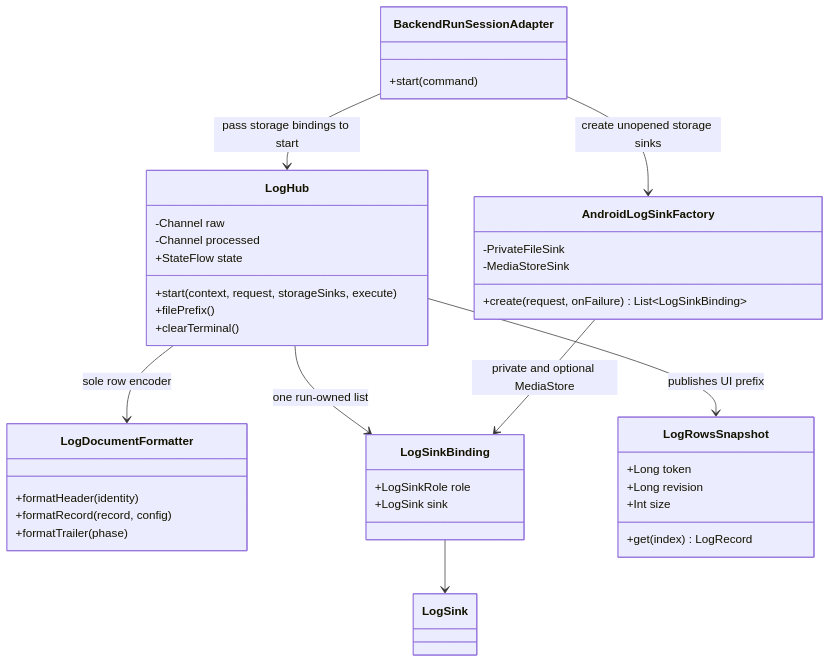
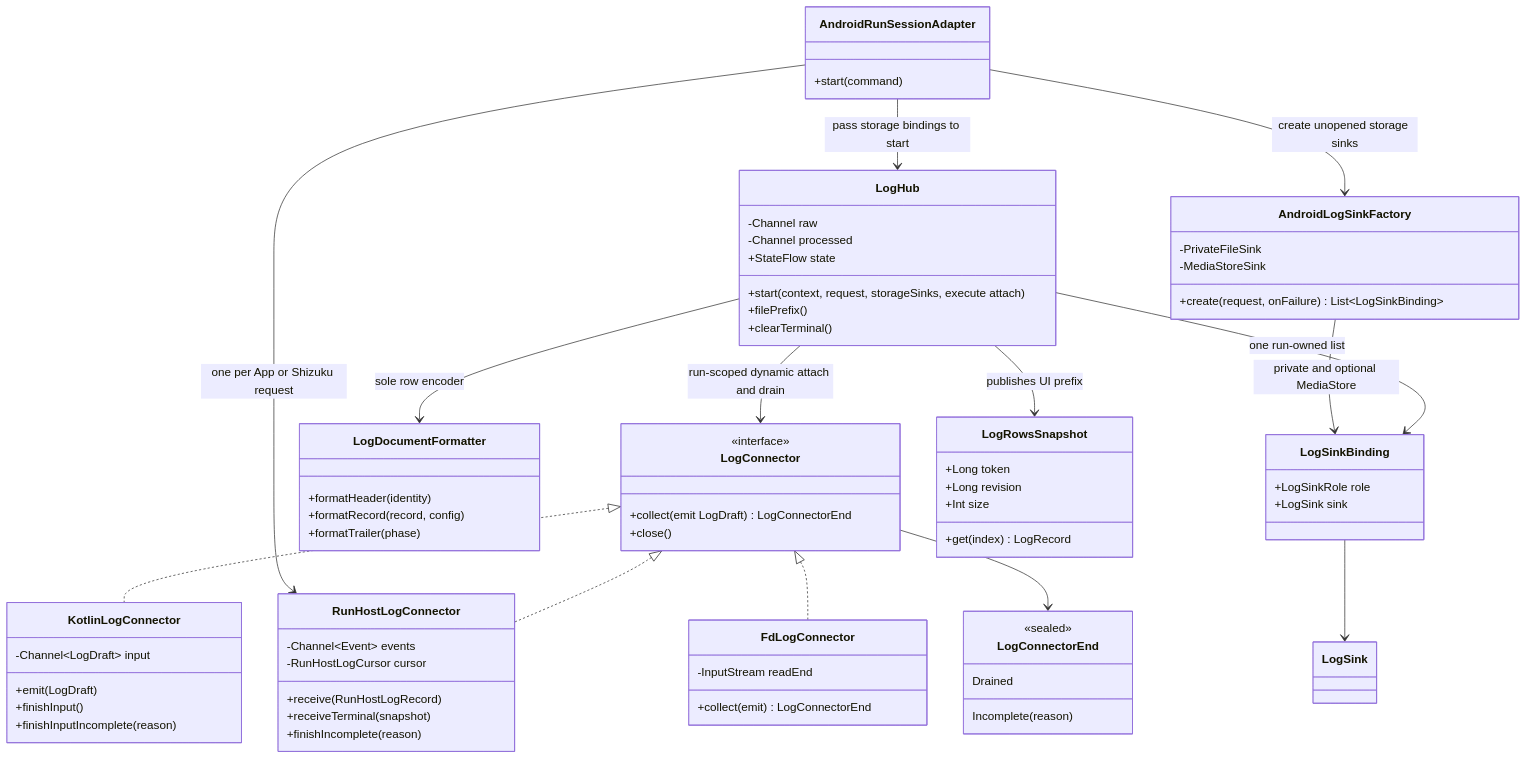
Before and after one commit to YuKongA/ghostlock-app: diagram 47 of 59 in docs/development/full-process-uml.md, drawn with Mermaid. The commit also changed other lines of this file and 276 other files, not shown here.

Commit message:
refactor(app): unify backend runtime and run infrastructure

```diff
--- a/docs/development/full-process-uml.md
+++ b/docs/development/full-process-uml.md
@@ -1602,41 +1717,74 @@
 ~~~mermaid
 classDiagram
+  class LogConnector {
+    <<interface>>
+    +collect(emit LogDraft) LogConnectorEnd
+    +close()
+  }
+  class LogConnectorEnd {
+    <<sealed>>
+    Drained
+    Incomplete(reason)
+  }
+  class KotlinLogConnector {
+    -Channel~LogDraft~ input
+    +emit(LogDraft)
+    +finishInput()
+    +finishInputIncomplete(reason)
+  }
+  class FdLogConnector {
+    -InputStream readEnd
+    +collect(emit) LogConnectorEnd
+  }
+  class RunHostLogConnector {
+    -Channel~Event~ events
+    -RunHostLogCursor cursor
+    +receive(RunHostLogRecord)
+    +receiveTerminal(snapshot)
+    +finishIncomplete(reason)
+  }
   class LogHub {
     -Channel raw
     -Channel processed
     +StateFlow state
-    +start(context, request, storageSinks, execute)
+    +start(context, request, storageSinks, execute attach)
     +filePrefix()
     +clearTerminal()
   }
   class LogDocumentFormatter {
     +formatHeader(identity)
     +formatRecord(record, config)
     +formatTrailer(phase)
   }
   class LogSinkBinding {
     +LogSinkRole role
     +LogSink sink
   }
   class LogRowsSnapshot {
     +Long token
     +Long revision
     +Int size
     +get(index) LogRecord
   }
   class AndroidLogSinkFactory {
     +create(request, onFailure) List~LogSinkBinding~
     -PrivateFileSink
     -MediaStoreSink
   }
-  class BackendRunSessionAdapter {
+  class AndroidRunSessionAdapter {
     +start(command)
   }
+  LogConnector <|.. KotlinLogConnector
+  LogConnector <|.. FdLogConnector
+  LogConnector <|.. RunHostLogConnector
+  LogConnector --> LogConnectorEnd
+  LogHub --> LogConnector : run-scoped dynamic attach and drain
   LogHub --> LogDocumentFormatter : sole row encoder
   LogHub --> LogSinkBinding : one run-owned list
   LogHub --> LogRowsSnapshot : publishes UI prefix
-  BackendRunSessionAdapter --> AndroidLogSinkFactory : create unopened storage sinks
-  BackendRunSessionAdapter --> LogHub : pass storage bindings to start
+  AndroidRunSessionAdapter --> AndroidLogSinkFactory : create unopened storage sinks
+  AndroidRunSessionAdapter --> RunHostLogConnector : one per App or Shizuku request
+  AndroidRunSessionAdapter --> LogHub : pass storage bindings to start
   AndroidLogSinkFactory --> LogSinkBinding : private and optional MediaStore
   LogSinkBinding --> LogSink
 ~~~
```
